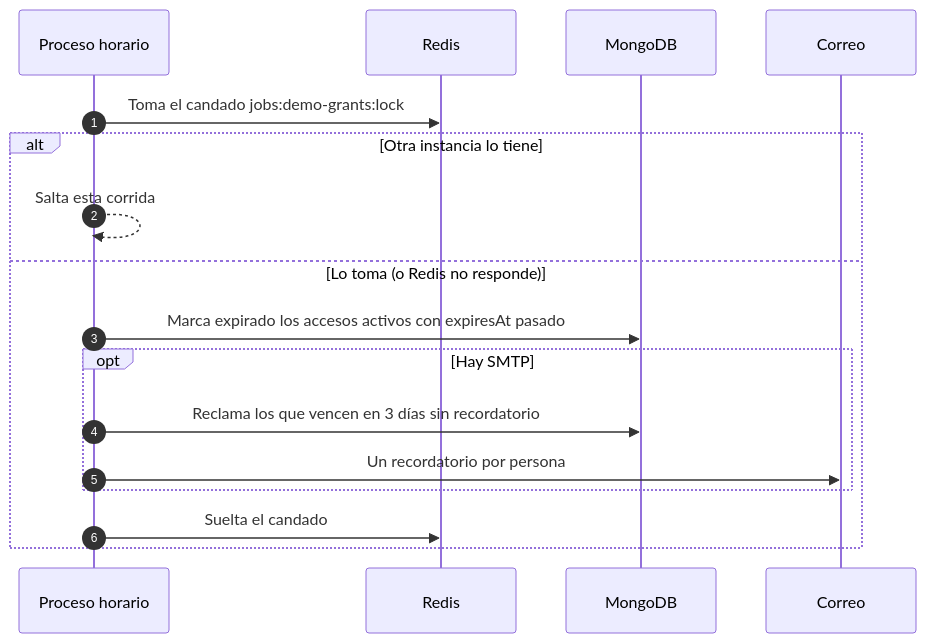
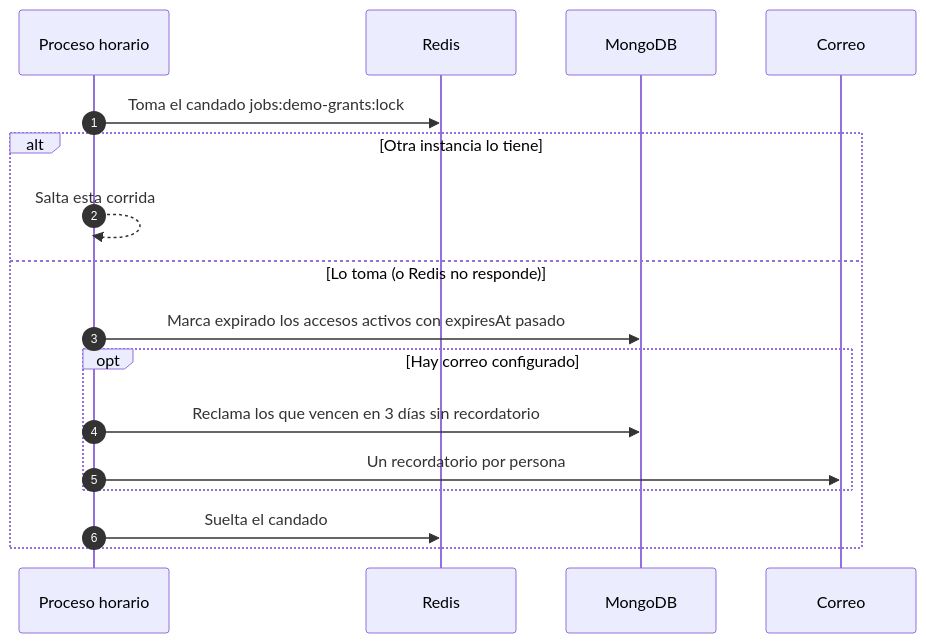
The ninth of 10 diagrams in docs/wiki/Doc-08-API.md (ronalc90/koptup), drawn with Mermaid before and after one commit. The commit also changed other lines of this file and 45 other files, not shown here.

````diff
--- a/docs/wiki/Doc-08-API.md
+++ b/docs/wiki/Doc-08-API.md
@@ -637,19 +693,19 @@
 ```mermaid
 sequenceDiagram
     autonumber
     participant J as Proceso horario
     participant R as Redis
     participant M as MongoDB
     participant S as Correo
     J->>R: Toma el candado jobs:demo-grants:lock
     alt Otra instancia lo tiene
         J-->>J: Salta esta corrida
     else Lo toma (o Redis no responde)
         J->>M: Marca expirado los accesos activos con expiresAt pasado
-        opt Hay SMTP
+        opt Hay correo configurado
             J->>M: Reclama los que vencen en 3 días sin recordatorio
             J->>S: Un recordatorio por persona
         end
         J->>R: Suelta el candado
     end
 ```
````
